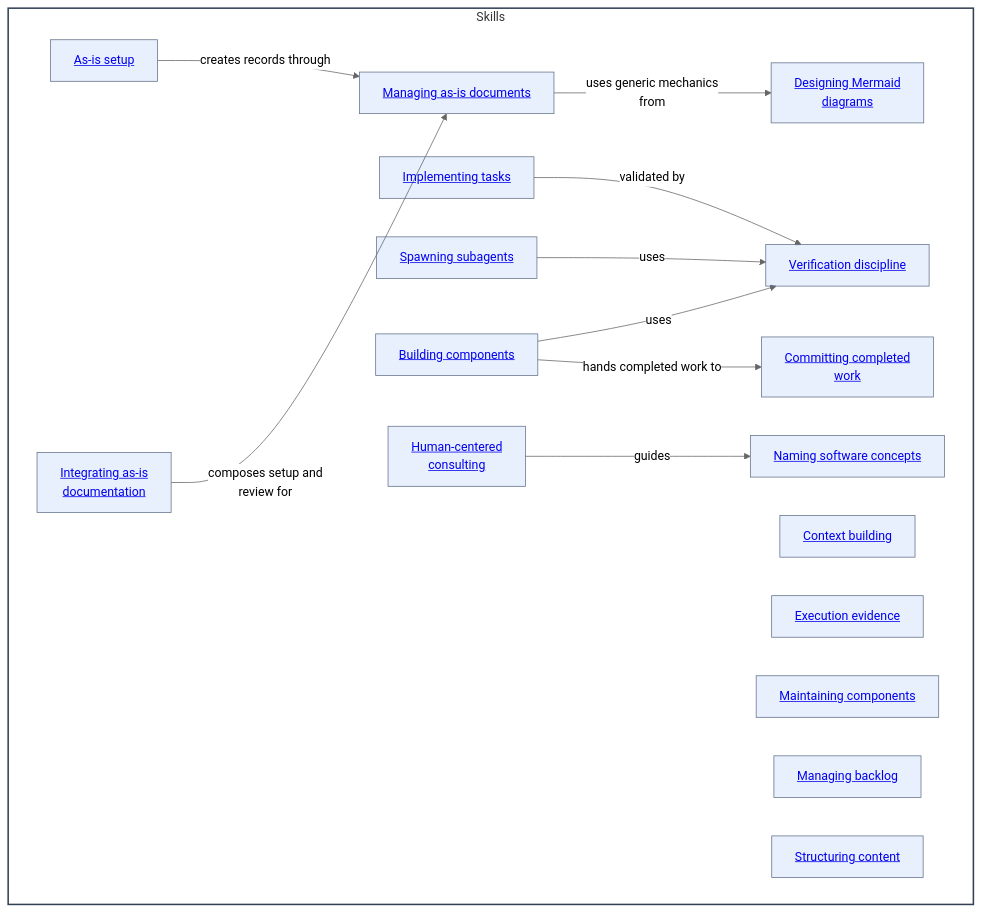
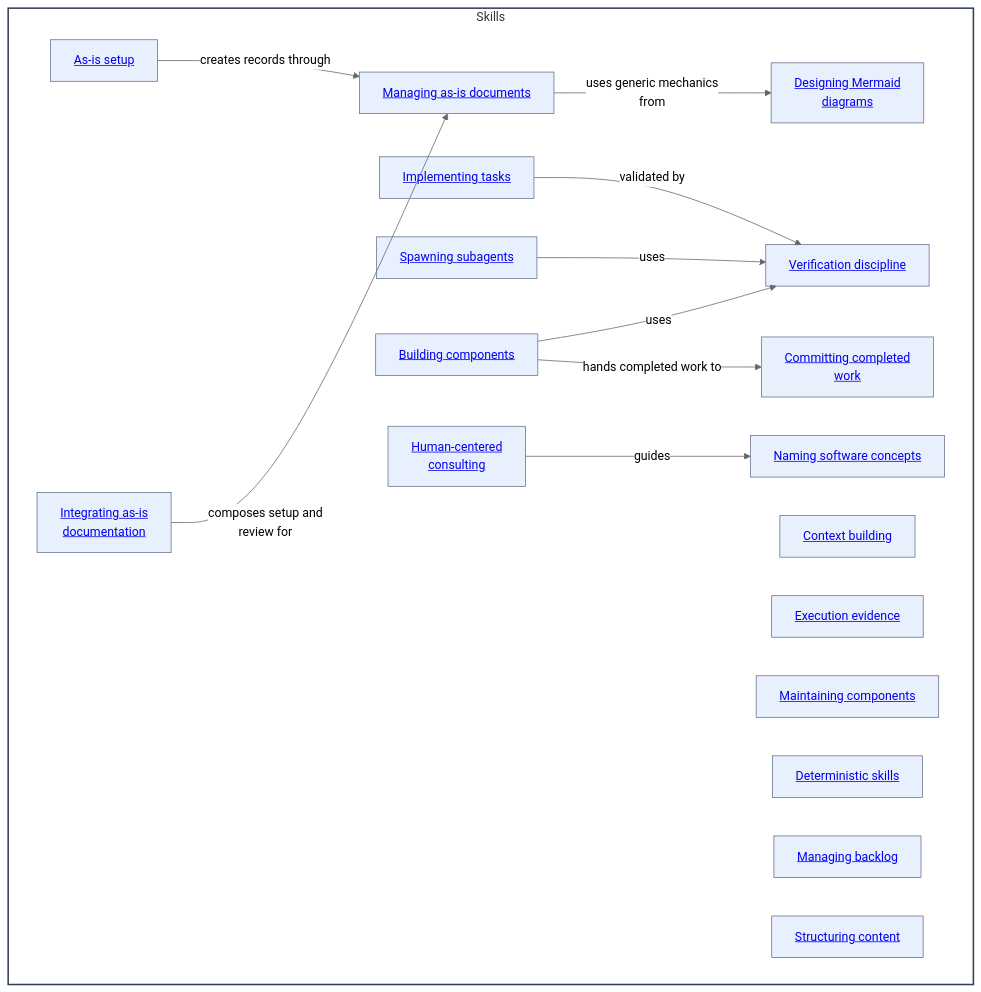
Before and after one commit to abstract-business-systems/as-is: the diagram in skills/as-is.md, drawn with Mermaid (neutral theme). The commit also changed other lines of this file and 6 other files, not shown here.

Commit message:
feat(skills): add deterministic workflow guidance

````diff
--- a/skills/as-is.md
+++ b/skills/as-is.md
@@ -57,37 +58,38 @@
 ```mermaid
 %%{init: {"securityLevel": "loose"}}%%
 flowchart LR
     subgraph Skills["Skills"]
         direction LR
         Setup["<a href='./as-is-setup/as-is.md#design'>As-is setup</a>"]
         Integrate["<a href='./integrate-as-is-documentation/as-is.md#design'>Integrating as-is<br/>documentation</a>"]
         ManagingAsIs["<a href='./managing-as-is-document/as-is.md#design'>Managing as-is documents</a>"]
         ContextBuilding["<a href='./context-building/as-is.md#design'>Context building</a>"]
         ExecutionEvidence["<a href='./exploring-execution-evidence/as-is.md#design'>Execution evidence</a>"]
         MermaidDesign["<a href='./designing-mermaid-diagrams/as-is.md#design'>Designing Mermaid<br/>diagrams</a>"]
         ImplementingTasks["<a href='./implementing-component-tasks/as-is.md#design'>Implementing tasks</a>"]
         MaintainingComponents["<a href='./maintaining-components/as-is.md#design'>Maintaining components</a>"]
+        DeterministicSkills["<a href='./deterministic-skills/as-is.md#design'>Deterministic skills</a>"]
         ManagingBacklog["<a href='./managing-backlog/as-is.md#design'>Managing backlog</a>"]
         SpawningSubagents["<a href='./spawning-pi-subagents/as-is.md#design'>Spawning subagents</a>"]
         StructuringContent["<a href='./structuring-content/as-is.md#design'>Structuring content</a>"]
         Verification["<a href='./verification-discipline/as-is.md#design'>Verification discipline</a>"]
         Naming["<a href='./naming-software-concepts/as-is.md#design'>Naming software concepts</a>"]
         Building["<a href='./building-components/as-is.md#design'>Building components</a>"]
         Committing["<a href='./committing-completed-work/as-is.md#design'>Committing completed<br/>work</a>"]
         Consulting["<a href='./human-centered-consulting/as-is.md#design'>Human-centered<br/>consulting</a>"]
 
         Setup -->|creates records through| ManagingAsIs
         Integrate -->|composes setup and<br/>review for| ManagingAsIs
         ManagingAsIs -->|uses generic mechanics<br/>from| MermaidDesign
         ImplementingTasks -->|validated by| Verification
         SpawningSubagents -->|uses| Verification
         Building -->|uses| Verification
         Building -->|hands completed work to| Committing
         Consulting -->|guides| Naming
 
     end
     classDef component fill:#f8fafc,fill-opacity:0.1,stroke:#334155,stroke-width:2px
     classDef child fill:#2563eb,fill-opacity:0.1,stroke:#64748b,stroke-width:1px
     class Skills component
-    class Setup,Integrate,ManagingAsIs,ContextBuilding,ExecutionEvidence,MermaidDesign,ImplementingTasks,MaintainingComponents,ManagingBacklog,SpawningSubagents,StructuringContent,Verification,Naming,Building,Committing,Consulting child
+    class Setup,Integrate,ManagingAsIs,ContextBuilding,ExecutionEvidence,MermaidDesign,ImplementingTasks,MaintainingComponents,DeterministicSkills,ManagingBacklog,SpawningSubagents,StructuringContent,Verification,Naming,Building,Committing,Consulting child
 ```
````
